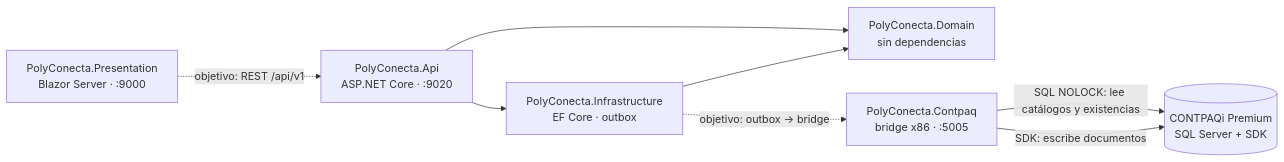
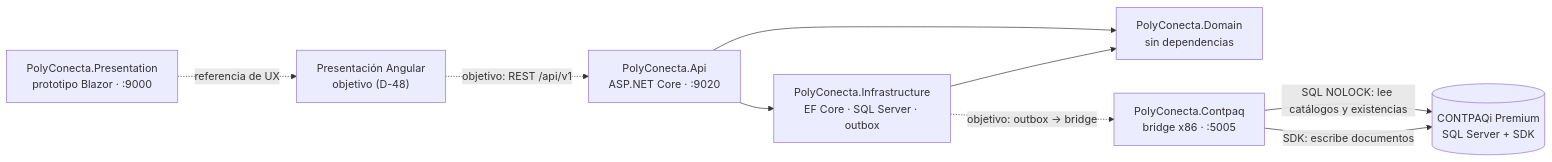
Before and after one commit to INNATOS-SYSTEMS/Polyconecta: the diagram in docs/diseno/05-arquitectura-tecnica.md, drawn with Mermaid. The commit also changed other lines of this file and 19 other files, not shown here.

First line of the commit message:
Refactor domain model documentation and update architecture design

````diff
--- a/docs/diseno/05-arquitectura-tecnica.md
+++ b/docs/diseno/05-arquitectura-tecnica.md
@@ -22,16 +22,18 @@
 ```mermaid
 flowchart LR
-    UI["PolyConecta.Presentation<br/>Blazor Server · :9000"]
+    UI["Presentación Angular<br/>objetivo (D-48)"]
+    PROTO["PolyConecta.Presentation<br/>prototipo Blazor · :9000"]
     API["PolyConecta.Api<br/>ASP.NET Core · :9020"]
-    INF["PolyConecta.Infrastructure<br/>EF Core · outbox"]
+    INF["PolyConecta.Infrastructure<br/>EF Core · SQL Server · outbox"]
     DOM["PolyConecta.Domain<br/>sin dependencias"]
     BR["PolyConecta.Contpaq<br/>bridge x86 · :5005"]
     ERP[("CONTPAQi Premium<br/>SQL Server + SDK")]
 
     UI -. "objetivo: REST /api/v1" .-> API
+    PROTO -. "referencia de UX" .-> UI
     API --> INF --> DOM
     API --> DOM
     INF -. "objetivo: outbox → bridge" .-> BR
     BR -- "SDK: escribe documentos" --> ERP
     BR -- "SQL NOLOCK: lee catálogos y existencias" --> ERP
 ```
````
